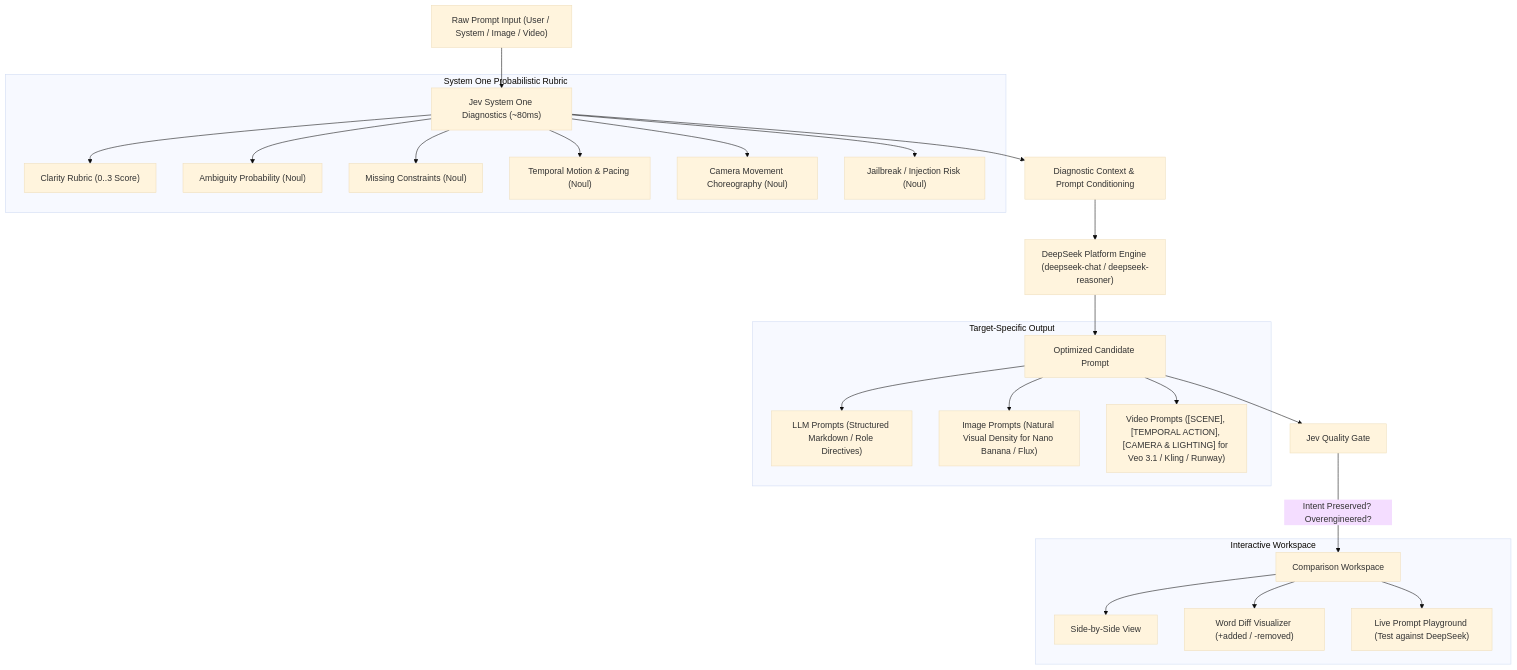
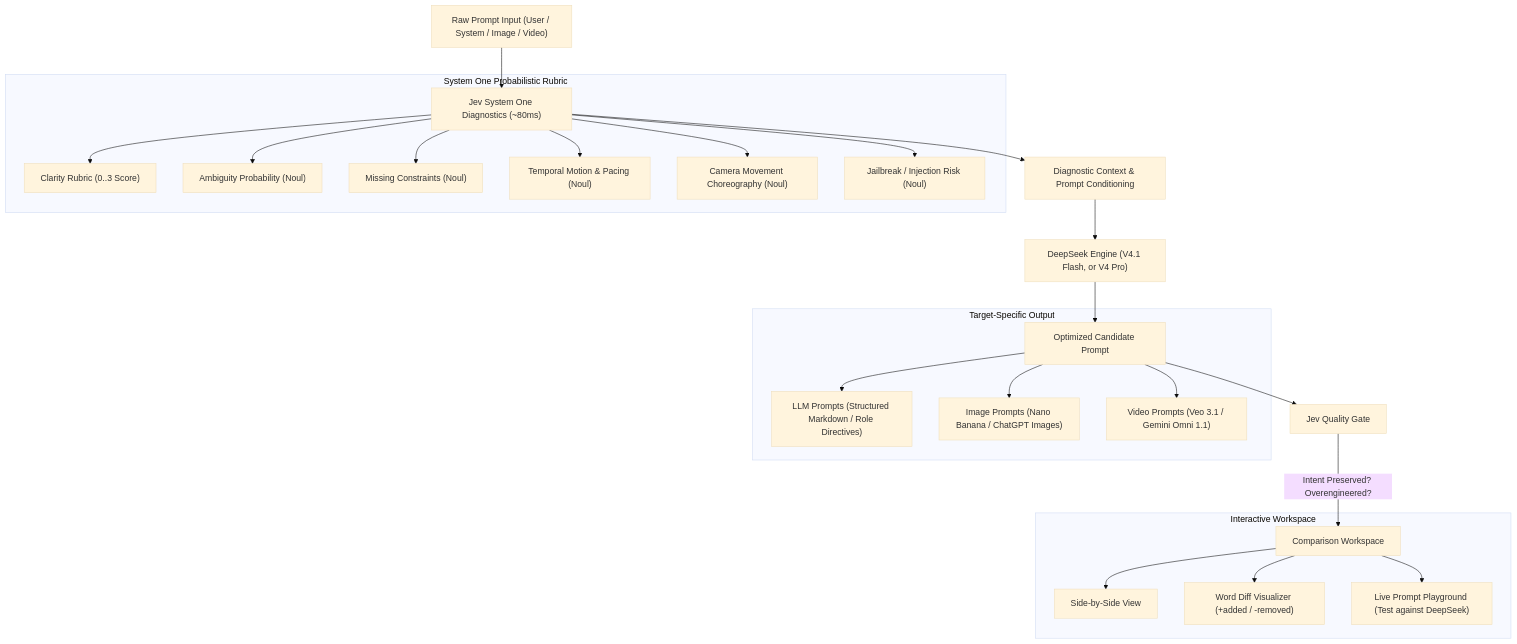
Before and after one commit to nodaysidle/nodaysidle-prompt-optimizer: the diagram in README.md, drawn with Mermaid (base theme). The commit also changed other lines of this file and 14 other files, not shown here.

````diff
--- a/README.md
+++ b/README.md
@@ -28,32 +28,32 @@
 ```mermaid
 flowchart TD
     A["Raw Prompt Input (User / System / Image / Video)"] --> B["Jev System One Diagnostics (~80ms)"]
     
     subgraph Jev_System_One ["System One Probabilistic Rubric"]
         B --> B1["Clarity Rubric (0..3 Score)"]
         B --> B2["Ambiguity Probability (Noul)"]
         B --> B3["Missing Constraints (Noul)"]
         B --> B4["Temporal Motion & Pacing (Noul)"]
         B --> B5["Camera Movement Choreography (Noul)"]
         B --> B6["Jailbreak / Injection Risk (Noul)"]
     end
     
     B --> C["Diagnostic Context & Prompt Conditioning"]
-    C --> D["DeepSeek Platform Engine (deepseek-chat / deepseek-reasoner)"]
+    C --> D["DeepSeek Engine (V4.1 Flash, or V4 Pro)"]
     
     D --> E["Optimized Candidate Prompt"]
     subgraph Output_Formulation ["Target-Specific Output"]
         E --> E1["LLM Prompts (Structured Markdown / Role Directives)"]
-        E --> E2["Image Prompts (Natural Visual Density for Nano Banana / Flux)"]
-        E --> E3["Video Prompts ([SCENE], [TEMPORAL ACTION], [CAMERA & LIGHTING] for Veo 3.1 / Kling / Runway)"]
+        E --> E2["Image Prompts (Nano Banana / ChatGPT Images)"]
+        E --> E3["Video Prompts (Veo 3.1 / Gemini Omni 1.1)"]
     end
     
     E --> F["Jev Quality Gate"]
     F -->|Intent Preserved? Overengineered?| G["Comparison Workspace"]
     
     subgraph UI_Workspace ["Interactive Workspace"]
         G --> G1["Side-by-Side View"]
         G --> G2["Word Diff Visualizer (+added / -removed)"]
         G --> G3["Live Prompt Playground (Test against DeepSeek)"]
     end
 ```
````
